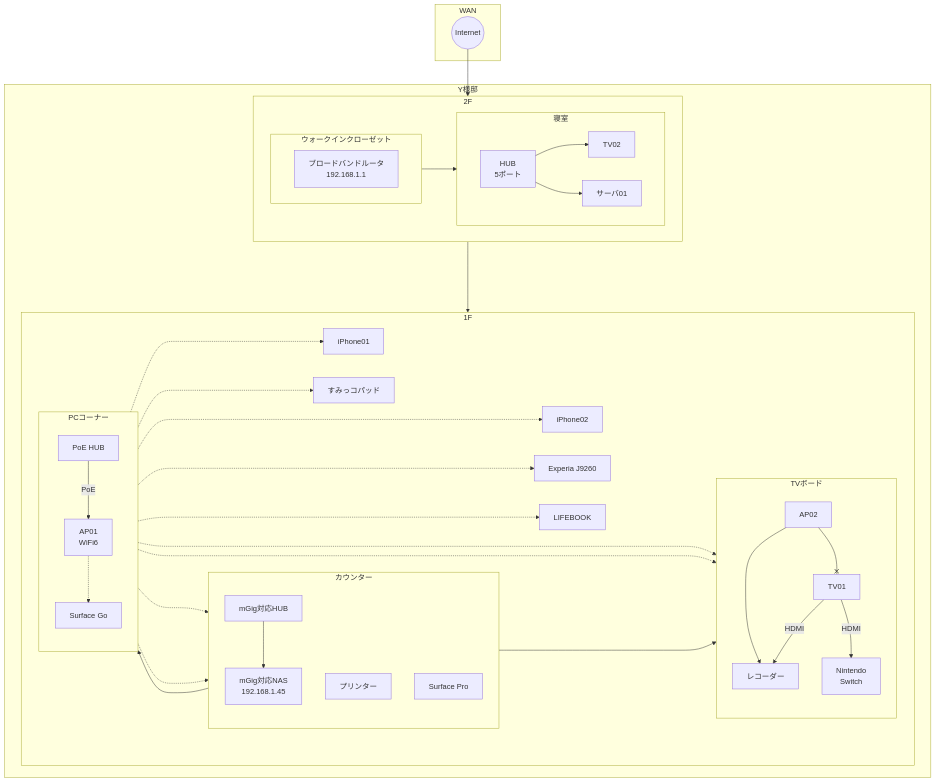
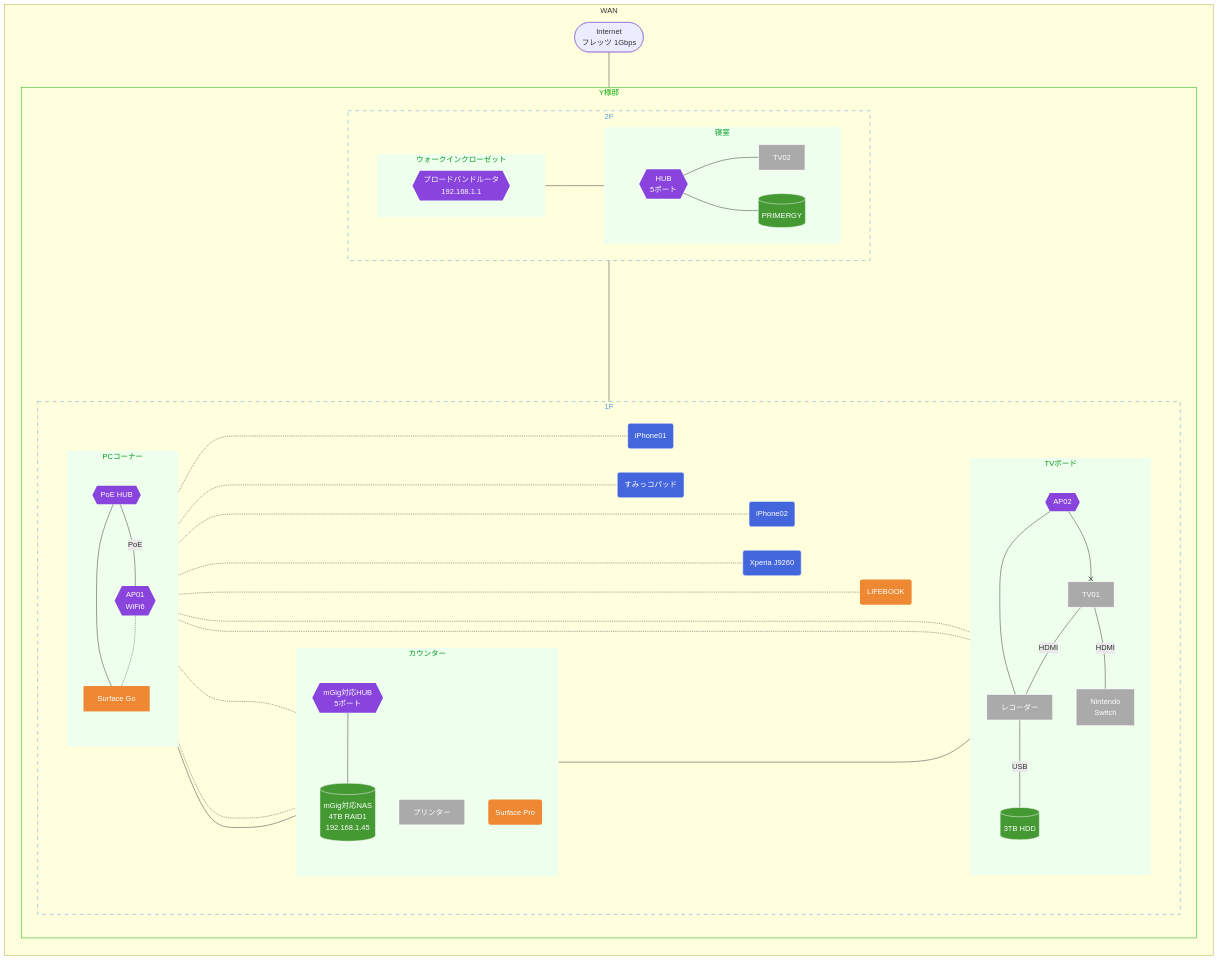
One commit to hkr84dev/qkw_dgn_mtr changed the diagram in Services/SH/2024/Y様邸/topology.md. Above: the diagram before and after it, drawn with Mermaid. The commit also changed other lines of this file, not shown here.

Commit message:
暫定版

````diff
--- a/Services/SH/2024/Y様邸/topology.md
+++ b/Services/SH/2024/Y様邸/topology.md
@@ -1,74 +1,16 @@
 ```mermaid
 graph TB
+ %% Groups
+ classDef House fill:none,color:#0a0,stroke:#0a0
+ classDef Floor fill:none,color:#59d,stroke:#59d,stroke-width:1px,stroke-dasharray:8
+ classDef Room fill:#efe,color:#092,stroke:none
 
-subgraph WAN
- Internet((Internet))
-end
-
-subgraph HOME[Y様邸]
-
- subgraph 2F
-  direction LR
-
-  subgraph ウォークインクローゼット
-   direction LR
-   Internet --> 211_2F_BBR[ブロードバンドルータ\n192.168.1.1]
-  end
-
-  subgraph 寝室
-   direction LR
-   211_2F_BBR --> 221_2F_HUB[HUB\n5ポート]
-   221_2F_HUB --> 222_2F_TV[TV02]
-   221_2F_HUB --> 223_2F_SV[サーバ01]
-  end
- end
-
- subgraph 1F
-  direction LR
-
-  subgraph カウンター
-   direction TB
-   211_2F_BBR ----> 111_1F_HUB[mGig対応HUB]
-   111_1F_HUB --> 112_1F_FS[mGig対応NAS\n192.168.1.45]
-   113_1F_PTR[プリンター]
-   114_1F_PC01[Surface Pro]
-  end
-
-  subgraph TVボード
-   direction TB
-   111_1F_HUB -----> 131_1F_AP02[AP02]
-   131_1F_AP02 --x 132_1F_TV[TV01]
-   131_1F_AP02 --> 133_1F_REC[レコーダー]
-   132_1F_TV --HDMI--> 133_1F_REC
-   134_1F_GAME[Nintendo\nSwitch]
-   132_1F_TV --HDMI--> 134_1F_GAME
-  end
-
-  subgraph PCコーナー
-   direction TB
-   111_1F_HUB --> 121_1F_PoEHUB[PoE HUB]
-   121_1F_PoEHUB --PoE--> 122_1F_AP01[AP01\nWiFi6]
-   123_1F_PC02[Surface Go]
-  end
-  
-  122_1F_AP01 -.-> 113_1F_PTR
-  122_1F_AP01 -..-> 114_1F_PC01
-  122_1F_AP01 -.-> 123_1F_PC02
-  122_1F_AP01 -.-> 132_1F_TV
-  122_1F_AP01 -..-> 134_1F_GAME
-  122_1F_AP01 -..-> 101_SF01[iPhone01]
-  122_1F_AP01 -...-> 102_SF02[iPhone02]
-  122_1F_AP01 -...-> 103_SF03[Experia J9260]
-  122_1F_AP01 -..-> 104_TB01[すみっコパッド]
-  122_1F_AP01 -...-> 105_PC03[LIFEBOOK]
- end
-
-
-end
-
-
-
-classDef A fill:none,color:#0a0,stroke:#0a0
+ %% Devices
+ classDef NW fill:#84d,color:#fff,stroke:none
+ classDef PC fill:#e83,color:#fff,stroke:none
+ classDef SV fill:#493,color:#fff,stroke:#fff
+ classDef Mobile fill:#46d,color:#fff,stroke:#fff
+ classDef IoT fill:#aaa,color:#fff,stroke:#fff
 
  classDef B fill :#E2730F,color: #FFF,%orange%
  classDef C fill :#FFFFFF,color: #000,%white%
@@ -76,9 +18,104 @@
  classDef E fill :#D9105A,color: #FFF,%pink%
  classDef F fill :#7D48D9,color: #FFF,%purple%
  classDef G fill :#ffb469;
- 
- classDef CP fill :#69ffb4;
- classDef OT fill :#b4ff69;
 
+ subgraph WAN
+  direction TB
+  Internet([Internet\nフレッツ 1Gbps])
+  Internet --- 211_2F_BBR{{ブロードバンドルータ\n192.168.1.1}}
+  class 211_2F_BBR NW
 
- ```
+  subgraph Home[Y様邸]
+   direction TB
+
+   subgraph 2F
+    direction LR
+
+    subgraph ウォークインクローゼット
+     direction LR
+     211_2F_BBR
+    end
+    class ウォークインクローゼット Room
+
+    subgraph 寝室
+     direction LR
+     211_2F_BBR --- 221_2F_HUB{{HUB\n5ポート}}
+     221_2F_HUB --- 222_2F_TV[TV02]
+     221_2F_HUB --- 223_2F_SV[(PRIMERGY)]
+     class 221_2F_HUB NW
+     class 222_2F_TV IoT
+     class 223_2F_SV SV
+    end
+    class 寝室 Room
+
+   end
+   class 2F Floor
+
+   subgraph 1F
+    direction LR
+
+    subgraph カウンター
+     direction TB
+     211_2F_BBR ----- 111_1F_HUB{{mGig対応HUB\n5ポート}}
+     111_1F_HUB --- 112_1F_FS[(mGig対応NAS\n4TB RAID1\n192.168.1.45)]
+     113_1F_PTR[プリンター]
+     114_1F_PC01(Surface Pro)
+     class 111_1F_HUB NW
+     class 112_1F_FS SV
+     class 113_1F_PTR IoT
+     class 114_1F_PC01 PC
+    end
+    class カウンター Room
+
+    subgraph PCコーナー
+     direction TB
+     111_1F_HUB --- 121_1F_PoEHUB{{PoE HUB}}
+     121_1F_PoEHUB --PoE--- 122_1F_AP01{{AP01\nWiFi6}}
+     121_1F_PoEHUB --- 123_1F_PC02[Surface Go]
+     class 121_1F_PoEHUB NW
+     class 122_1F_AP01 NW
+     class 123_1F_PC02 PC
+    end
+    class PCコーナー Room
+
+    subgraph TVボード
+     direction TB
+     111_1F_HUB ------ 131_1F_AP02{{AP02}}
+     131_1F_AP02 --x 132_1F_TV[TV01]
+     131_1F_AP02 --- 133_1F_REC[レコーダー]
+     132_1F_TV --HDMI--- 133_1F_REC
+     133_1F_REC --USB--- 134_1F_HDD[(3TB HDD)]
+     135_1F_GAME[Nintendo\nSwitch]
+     132_1F_TV --HDMI--- 135_1F_GAME
+     class 131_1F_AP02 NW
+     class 132_1F_TV IoT
+     class 133_1F_REC IoT
+     class 134_1F_HDD SV
+     class 135_1F_GAME IoT
+    end
+    class TVボード Room
+  
+   %% 無線接続
+   122_1F_AP01 -.- 113_1F_PTR
+   122_1F_AP01 -..- 114_1F_PC01
+   122_1F_AP01 -.- 123_1F_PC02
+   122_1F_AP01 -.- 132_1F_TV
+   122_1F_AP01 -.- 135_1F_GAME
+   122_1F_AP01 -...- 101_SF01(iPhone01)
+   122_1F_AP01 -....- 102_SF02(iPhone02)
+   122_1F_AP01 -....- 103_SF03(Xperia J9260)
+   122_1F_AP01 -...- 104_TB01(すみっコパッド)
+   122_1F_AP01 -.....- 105_PC03(LIFEBOOK)
+   class 101_SF01 Mobile
+   class 102_SF02 Mobile
+   class 103_SF03 Mobile
+   class 104_TB01 Mobile
+   class 105_PC03 PC
+  end
+  class 1F Floor
+
+ end 
+ class Home House
+
+end
+```
````
